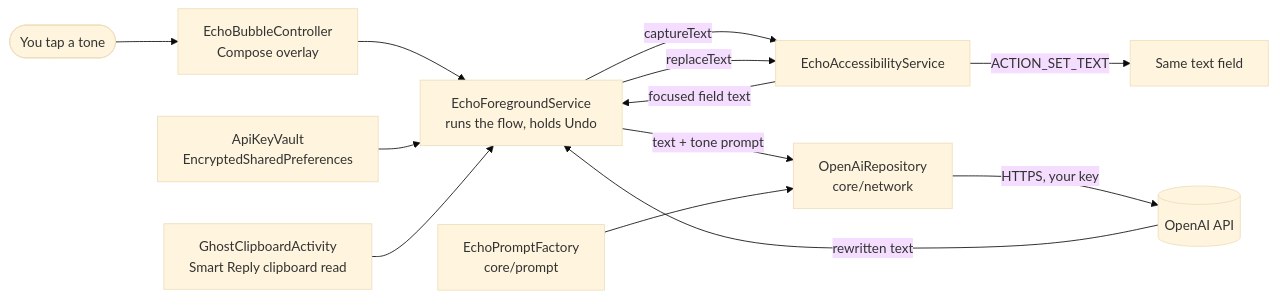
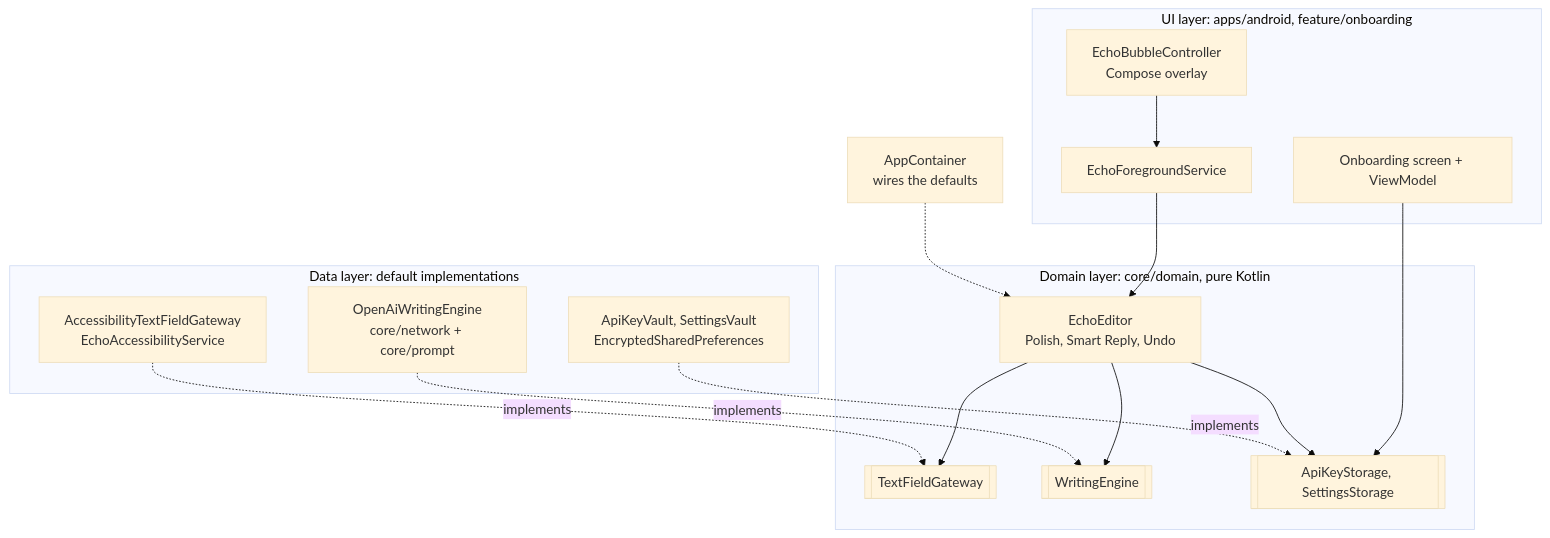
One commit to vigneshbs33/echo changed the diagram in README.md. Above: the diagram before and after it, drawn with Mermaid (base theme). The commit also changed other lines of this file and 2 other files, not shown here.

First line of the commit message:
Document the architecture, integration and extension points

````diff
--- a/README.md
+++ b/README.md
@@ -33,15 +37,31 @@
 ```mermaid
-flowchart LR
-    U([You tap a tone]) --> B[EchoBubbleController<br/>Compose overlay]
-    B --> S[EchoForegroundService<br/>runs the flow, holds Undo]
-    S -- captureText --> A[EchoAccessibilityService]
-    A -- focused field text --> S
-    S -- text + tone prompt --> R[OpenAiRepository<br/>core/network]
-    P[EchoPromptFactory<br/>core/prompt] --> R
-    R -- HTTPS, your key --> O[(OpenAI API)]
-    O -- rewritten text --> S
-    S -- replaceText --> A
-    A -- ACTION_SET_TEXT --> F[Same text field]
-    K[ApiKeyVault<br/>EncryptedSharedPreferences] --> S
-    G[GhostClipboardActivity<br/>Smart Reply clipboard read] --> S
+flowchart TB
+    subgraph UI["UI layer: apps/android, feature/onboarding"]
+        Bubble["EchoBubbleController<br/>Compose overlay"]
+        Service["EchoForegroundService"]
+        Onboarding["Onboarding screen + ViewModel"]
+    end
+    subgraph Domain["Domain layer: core/domain, pure Kotlin"]
+        Editor["EchoEditor<br/>Polish, Smart Reply, Undo"]
+        Field[["TextFieldGateway"]]
+        Engine[["WritingEngine"]]
+        Storage[["ApiKeyStorage, SettingsStorage"]]
+    end
+    subgraph Data["Data layer: default implementations"]
+        A11y["AccessibilityTextFieldGateway<br/>EchoAccessibilityService"]
+        OpenAI["OpenAiWritingEngine<br/>core/network + core/prompt"]
+        Vaults["ApiKeyVault, SettingsVault<br/>EncryptedSharedPreferences"]
+    end
+    Container["AppContainer<br/>wires the defaults"]
+
+    Bubble --> Service
+    Service --> Editor
+    Onboarding --> Storage
+    Editor --> Field
+    Editor --> Engine
+    Editor --> Storage
+    A11y -. implements .-> Field
+    OpenAI -. implements .-> Engine
+    Vaults -. implements .-> Storage
+    Container -.-> Editor
 ```
````
